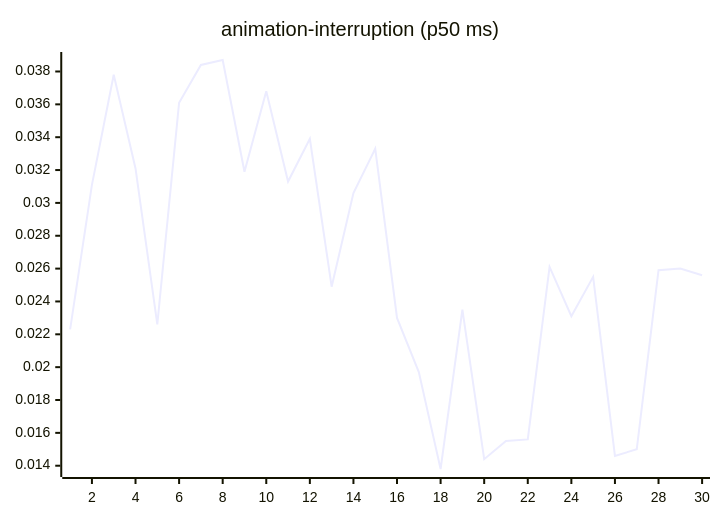
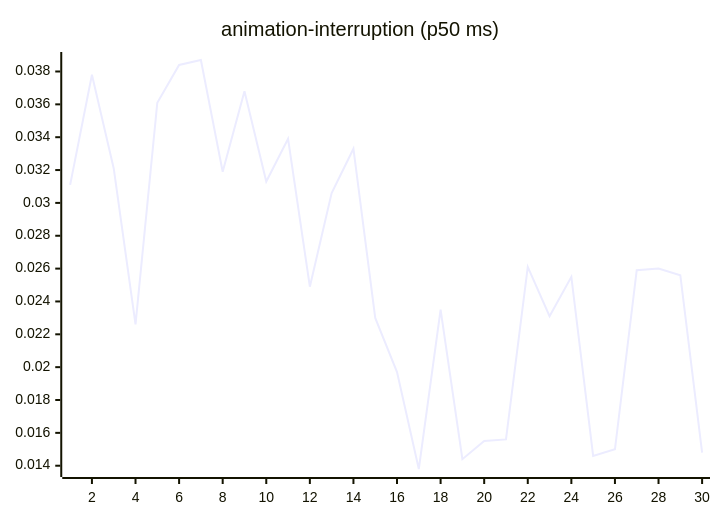
One commit to josha/Facet changed the third of 27 diagrams in README.md. Above: the diagram before and after it, drawn with Mermaid. The commit also changed other lines of this file and 2 other files, not shown here.

````diff
--- a/README.md
+++ b/README.md
@@ -77,6 +77,6 @@
 ```mermaid
 xychart-beta
     title "animation-interruption (p50 ms)"
     x-axis 1 --> 30
-    line [0.0223, 0.0311, 0.0378, 0.0321, 0.0226, 0.0361, 0.0384, 0.0387, 0.0319, 0.0368, 0.0313, 0.0339, 0.0249, 0.0306, 0.0333, 0.0230, 0.0197, 0.0138, 0.0235, 0.0144, 0.0155, 0.0156, 0.0261, 0.0231, 0.0255, 0.0146, 0.0150, 0.0259, 0.0260, 0.0256]
+    line [0.0311, 0.0378, 0.0321, 0.0226, 0.0361, 0.0384, 0.0387, 0.0319, 0.0368, 0.0313, 0.0339, 0.0249, 0.0306, 0.0333, 0.0230, 0.0197, 0.0138, 0.0235, 0.0144, 0.0155, 0.0156, 0.0261, 0.0231, 0.0255, 0.0146, 0.0150, 0.0259, 0.0260, 0.0256, 0.0148]
 ```
````
